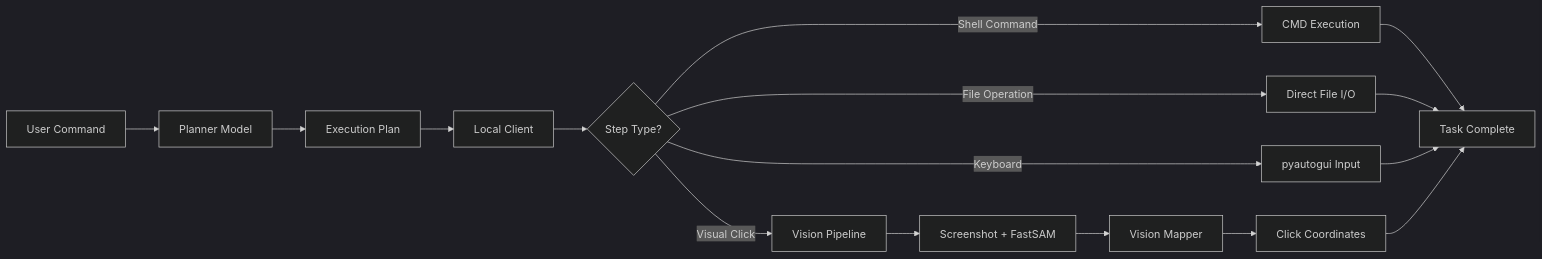
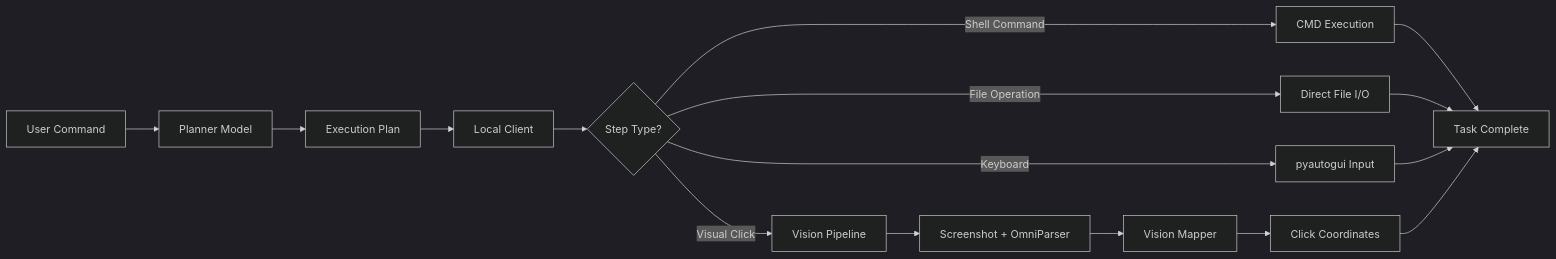
One commit to Bada-Don/Jarvis changed the first of 7 diagrams in README.md. Above: the diagram before and after it, drawn with Mermaid (dark theme). The commit also changed other lines of this file and 1 other file, not shown here.

Commit message:
OmniParser Updated in README

````diff
--- a/README.md
+++ b/README.md
@@ -18,18 +18,18 @@
 ```mermaid
 flowchart LR
     A[User Command] --> B[Planner Model]
     B --> C[Execution Plan]
     C --> D[Local Client]
     D --> E{Step Type?}
     E -->|Shell Command| F[CMD Execution]
     E -->|File Operation| G[Direct File I/O]
     E -->|Keyboard| H[pyautogui Input]
     E -->|Visual Click| I[Vision Pipeline]
-    I --> J[Screenshot + FastSAM]
+    I --> J[Screenshot + OmniParser]
     J --> K[Vision Mapper]
     K --> L[Click Coordinates]
     F --> M[Task Complete]
     G --> M
     H --> M
     L --> M
 ```
````
